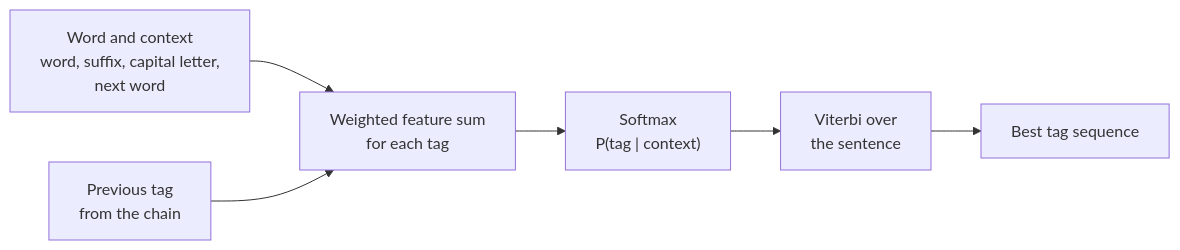
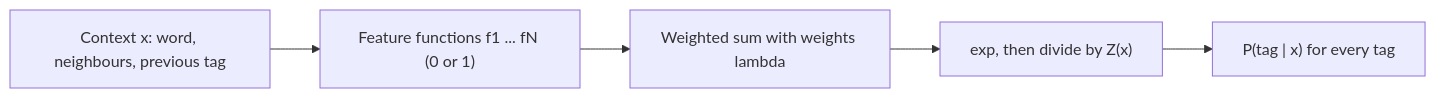
The third of 4 diagrams in content/natural-language-processing/notes/hmm-maxent-crf.mdx (TrendySloth1001/sem-seven-notes), drawn with Mermaid before and after one commit. The commit also changed other lines of this file and 406 other files, not shown here.

````diff
--- a/content/natural-language-processing/notes/hmm-maxent-crf.mdx
+++ b/content/natural-language-processing/notes/hmm-maxent-crf.mdx
@@ -416,9 +182,8 @@
 ```mermaid
-%% caption: A MaxEnt (MEMM) tagger. Features of the word, the neighbouring words and the previous tag are weighted, turned into tag probabilities with a softmax, and Viterbi joins the choices into one tag sequence.
+%% caption: How a MaxEnt tagger scores one word.
 flowchart LR
-  A["Word and context<br/>word, suffix, capital letter,<br/>next word"] --> D["Weighted feature sum<br/>for each tag"]
-  B["Previous tag<br/>from the chain"] --> D
-  D --> E["Softmax<br/>P(tag | context)"]
-  E --> F["Viterbi over<br/>the sentence"]
-  F --> G["Best tag sequence"]
+  A["Context x: word, neighbours, previous tag"] --> B["Feature functions f1 ... fN (0 or 1)"]
+  B --> C["Weighted sum with weights lambda"]
+  C --> D["exp, then divide by Z(x)"]
+  D --> E["P(tag | x) for every tag"]
 ```
````
